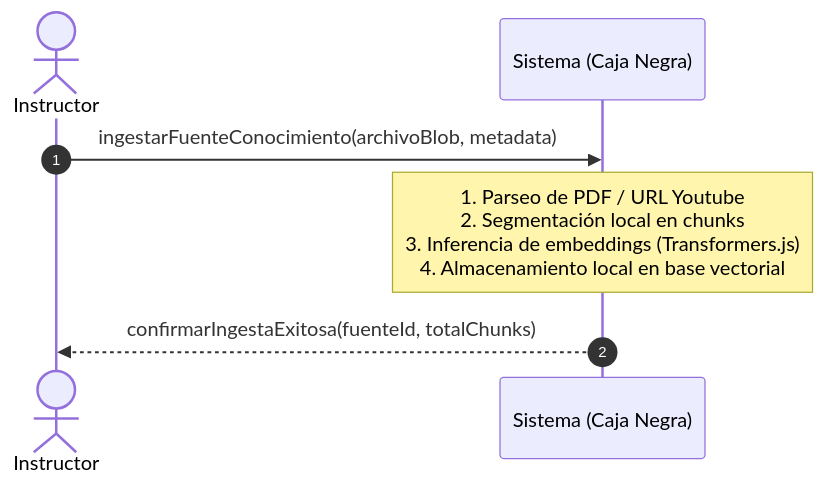
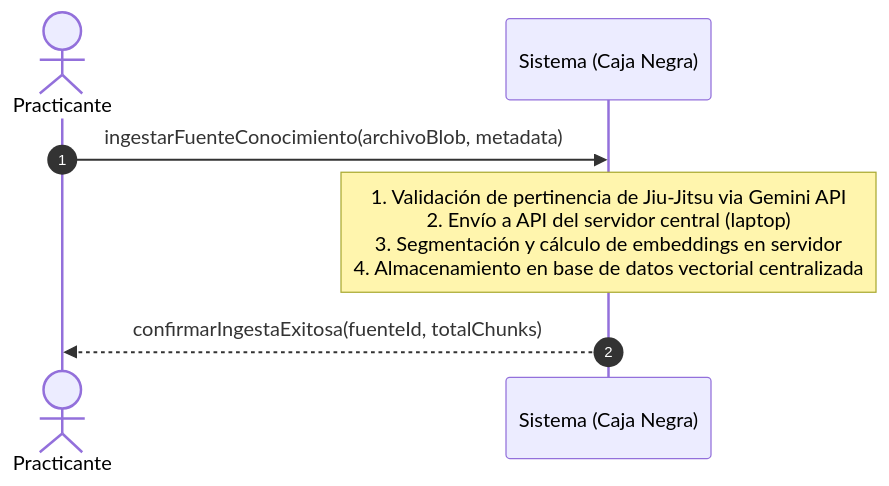
One commit to Tsmrain/Documentacion changed the fourth of 11 diagrams in README.md. Above: the diagram before and after it, drawn with Mermaid. The commit also changed other lines of this file, not shown here.

Commit message:
refactor: migrate system architecture from client-side local RAG and IndexedDB to a centralized server-based model

````diff
--- a/README.md
+++ b/README.md
@@ -998,10 +954,10 @@
 ```mermaid
 sequenceDiagram
     autonumber
-    actor Instructor
+    actor Practicante
     participant Sistema as Sistema (Caja Negra)
     
-    Instructor->>Sistema: ingestarFuenteConocimiento(archivoBlob, metadata)
-    Note over Sistema: 1. Parseo de PDF / URL Youtube<br/>2. Segmentación local en chunks<br/>3. Inferencia de embeddings (Transformers.js)<br/>4. Almacenamiento local en base vectorial
-    Sistema-->>Instructor: confirmarIngestaExitosa(fuenteId, totalChunks)
+    Practicante->>Sistema: ingestarFuenteConocimiento(archivoBlob, metadata)
+    Note over Sistema: 1. Validación de pertinencia de Jiu-Jitsu via Gemini API<br/>2. Envío a API del servidor central (laptop)<br/>3. Segmentación y cálculo de embeddings en servidor<br/>4. Almacenamiento en base de datos vectorial centralizada
+    Sistema-->>Practicante: confirmarIngestaExitosa(fuenteId, totalChunks)
 ```
````
